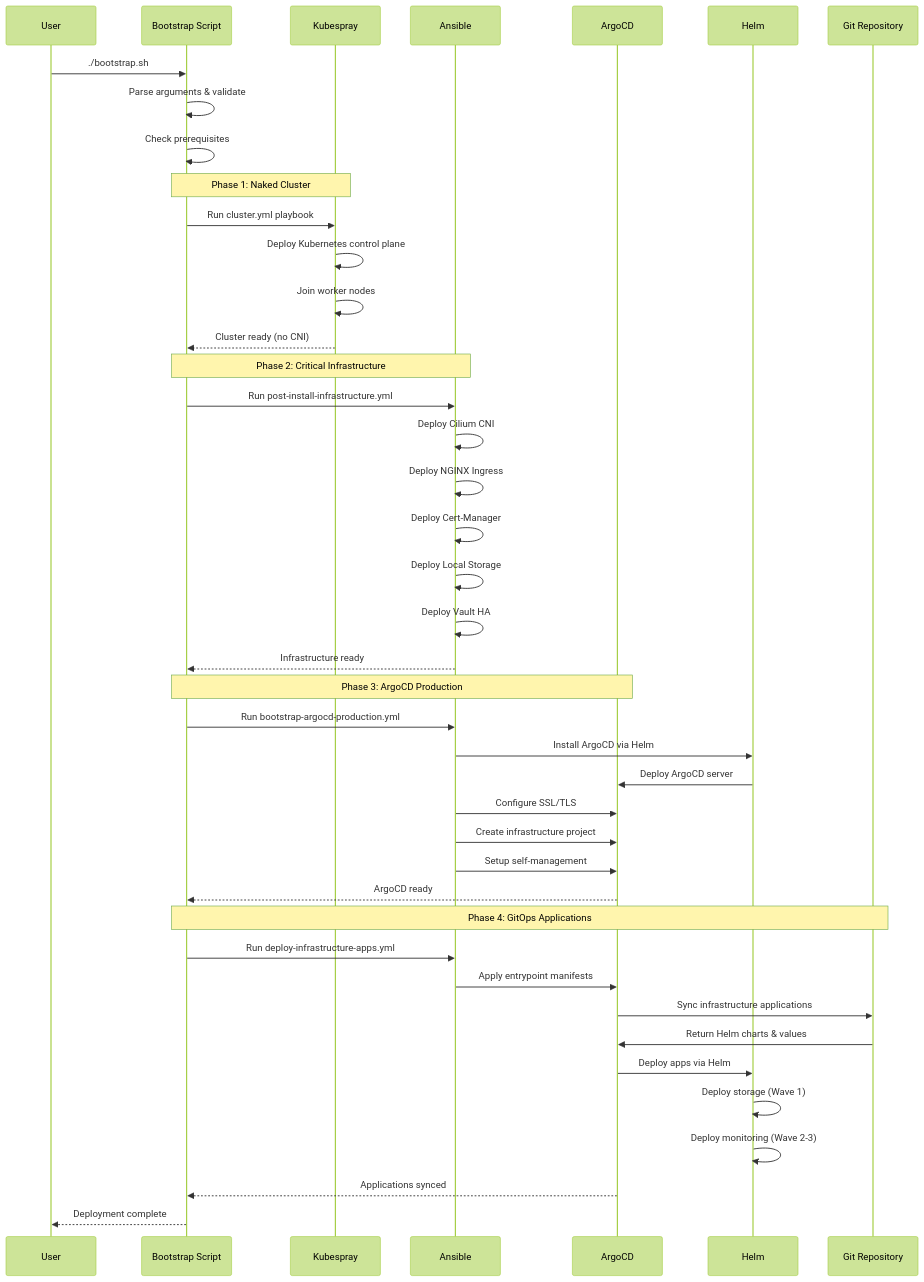
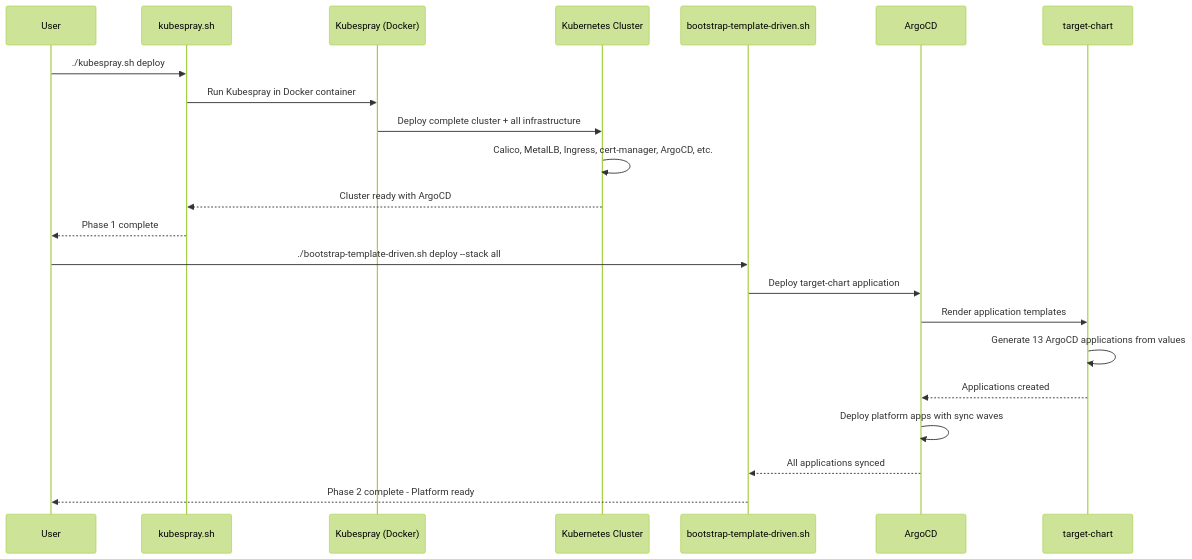
The fourth of 4 diagrams in v0.2.0/README.md (pnow-devsupreme/pn-infra), drawn with Mermaid (forest theme) before and after one commit. The commit also changed other lines of this file and 2 other files, not shown here.

Commit message:
docs(root): update documentation to better describe the current architecture details

````diff
--- a/v0.2.0/README.md
+++ b/v0.2.0/README.md
@@ -174,50 +185,26 @@
 ```mermaid
 sequenceDiagram
     participant U as User
-    participant BS as Bootstrap Script
-    participant K as Kubespray
-    participant A as Ansible
+    participant KS as kubespray.sh
+    participant K as Kubespray (Docker)
+    participant C as Kubernetes Cluster
+    participant BS as bootstrap-template-driven.sh
     participant AC as ArgoCD
-    participant H as Helm
-    participant Git as Git Repository
+    participant TC as target-chart
     
-    U->>BS: ./bootstrap.sh
-    BS->>BS: Parse arguments & validate
-    BS->>BS: Check prerequisites
+    U->>KS: ./kubespray.sh deploy
+    KS->>K: Run Kubespray in Docker container
+    K->>C: Deploy complete cluster + all infrastructure
+    C->>C: Calico, MetalLB, Ingress, cert-manager, ArgoCD, etc.
+    C-->>KS: Cluster ready with ArgoCD
+    KS-->>U: Phase 1 complete
     
-    Note over BS,K: Phase 1: Naked Cluster
-    BS->>K: Run cluster.yml playbook
-    K->>K: Deploy Kubernetes control plane
-    K->>K: Join worker nodes
-    K-->>BS: Cluster ready (no CNI)
-    
-    Note over BS,A: Phase 2: Critical Infrastructure  
-    BS->>A: Run post-install-infrastructure.yml
-    A->>A: Deploy Cilium CNI
-    A->>A: Deploy NGINX Ingress
-    A->>A: Deploy Cert-Manager
-    A->>A: Deploy Local Storage
-    A->>A: Deploy Vault HA
-    A-->>BS: Infrastructure ready
-    
-    Note over BS,AC: Phase 3: ArgoCD Production
-    BS->>A: Run bootstrap-argocd-production.yml
-    A->>H: Install ArgoCD via Helm
-    H->>AC: Deploy ArgoCD server
-    A->>AC: Configure SSL/TLS
-    A->>AC: Create infrastructure project
-    A->>AC: Setup self-management
-    AC-->>BS: ArgoCD ready
-    
-    Note over BS,Git: Phase 4: GitOps Applications
-    BS->>A: Run deploy-infrastructure-apps.yml
-    A->>AC: Apply entrypoint manifests
-    AC->>Git: Sync infrastructure applications
-    Git->>AC: Return Helm charts & values
-    AC->>H: Deploy apps via Helm
-    H->>H: Deploy storage (Wave 1)
-    H->>H: Deploy monitoring (Wave 2-3)
-    AC-->>BS: Applications synced
-    
-    BS-->>U: Deployment complete
+    U->>BS: ./bootstrap-template-driven.sh deploy --stack all
+    BS->>AC: Deploy target-chart application
+    AC->>TC: Render application templates
+    TC->>TC: Generate 13 ArgoCD applications from values
+    TC-->>AC: Applications created
+    AC->>AC: Deploy platform apps with sync waves
+    AC-->>BS: All applications synced
+    BS-->>U: Phase 2 complete - Platform ready
 ```
````
